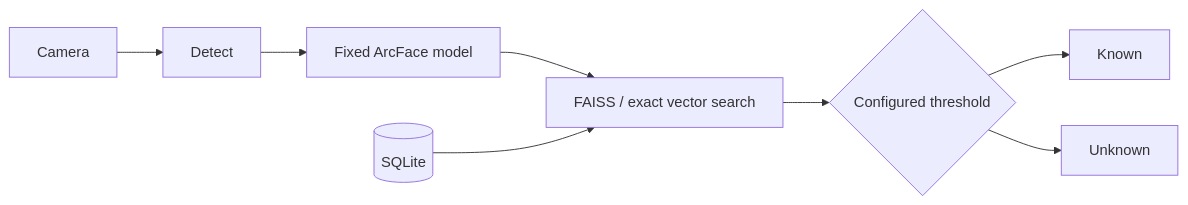
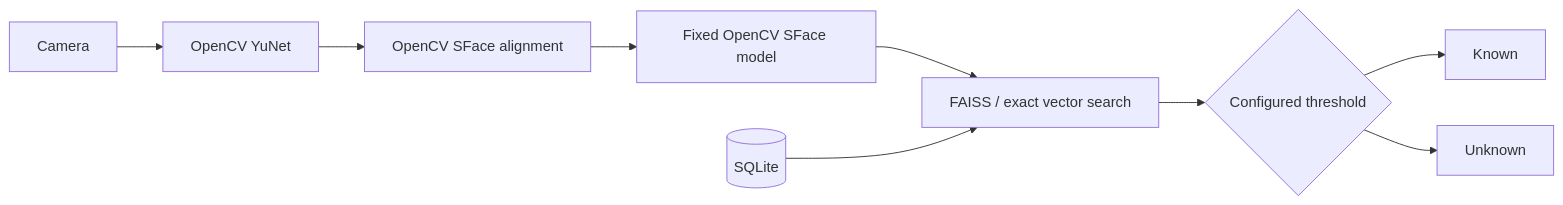
The diagram in docs/architecture.md (Vedulaudayeaswar/faceview), drawn with Mermaid before and after one commit. The commit also changed other lines of this file and 13 other files, not shown here.

Commit message:
Replace InsightFace with OpenCV YuNet and SFace

````diff
--- a/docs/architecture.md
+++ b/docs/architecture.md
@@ -5,9 +5,9 @@
 ```mermaid
 flowchart LR
-  Camera --> Detect --> Embed[Fixed ArcFace model]
+  Camera --> Detect[OpenCV YuNet] --> Align[OpenCV SFace alignment] --> Embed[Fixed OpenCV SFace model]
   Embed --> Search[FAISS / exact vector search]
   Search --> Threshold{Configured threshold}
   Threshold --> Known
   Threshold --> Unknown
   IdentityDB[(SQLite)] --> Search
 ```
````
